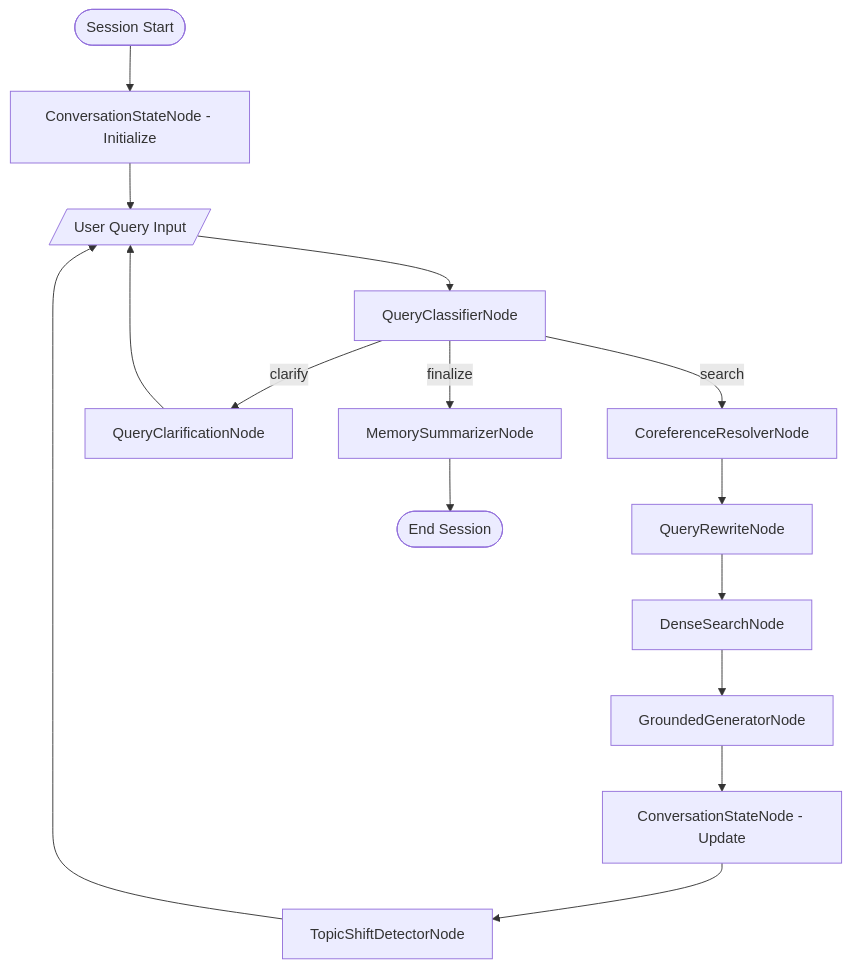
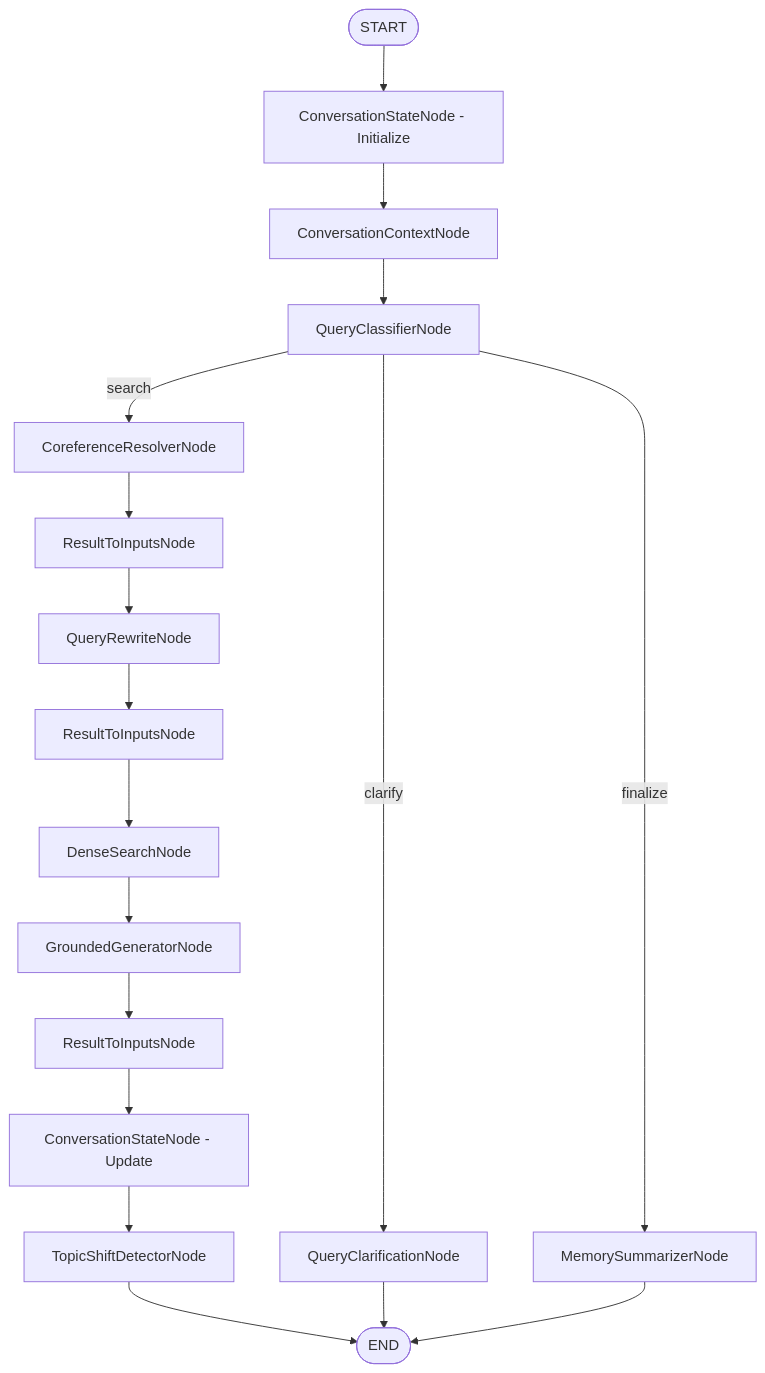
One commit to ShaojieJiang/orcheo changed the fourth of 6 diagrams in docs/conversational_search/demo_design.md. Above: the diagram before and after it, drawn with Mermaid. The commit also changed 9 other files, not shown here.

````diff
--- a/docs/conversational_search/demo_design.md
+++ b/docs/conversational_search/demo_design.md
@@ -250,20 +250,23 @@
 ```mermaid
 graph TD
-    Start([Session Start]) --> ConvState1[ConversationStateNode - Initialize]
-    ConvState1 --> Query[/User Query Input/]
-    Query --> Classifier[QueryClassifierNode]
+    Start([START]) --> ConversationStateNode_Init[ConversationStateNode - Initialize]
+    ConversationStateNode_Init --> ConversationContextNode[ConversationContextNode]
+    ConversationContextNode --> QueryClassifierNode[QueryClassifierNode]
 
-    Classifier -->|search| Coref[CoreferenceResolverNode]
-    Coref --> Rewrite[QueryRewriteNode]
-    Rewrite --> Search[DenseSearchNode]
-    Search --> Generator[GroundedGeneratorNode]
-    Generator --> ConvState2[ConversationStateNode - Update]
-    ConvState2 --> TopicShift[TopicShiftDetectorNode]
-    TopicShift --> Query
+    QueryClassifierNode -->|search| CoreferenceResolverNode[CoreferenceResolverNode]
+    CoreferenceResolverNode --> ResultToInputsNode_Coreference[ResultToInputsNode]
+    ResultToInputsNode_Coreference --> QueryRewriteNode[QueryRewriteNode]
+    QueryRewriteNode --> ResultToInputsNode_Rewrite[ResultToInputsNode]
+    ResultToInputsNode_Rewrite --> DenseSearchNode[DenseSearchNode]
+    DenseSearchNode --> GroundedGeneratorNode[GroundedGeneratorNode]
+    GroundedGeneratorNode --> ResultToInputsNode_Generator[ResultToInputsNode]
+    ResultToInputsNode_Generator --> ConversationStateNode_Update[ConversationStateNode - Update]
+    ConversationStateNode_Update --> TopicShiftDetectorNode[TopicShiftDetectorNode]
+    TopicShiftDetectorNode --> End([END])
 
-    Classifier -->|clarify| Clarification[QueryClarificationNode]
-    Clarification --> Query
+    QueryClassifierNode -->|clarify| QueryClarificationNode[QueryClarificationNode]
+    QueryClarificationNode --> End
 
-    Classifier -->|finalize| MemorySumm[MemorySummarizerNode]
-    MemorySumm --> End([End Session])
+    QueryClassifierNode -->|finalize| MemorySummarizerNode[MemorySummarizerNode]
+    MemorySummarizerNode --> End
 ```
````
